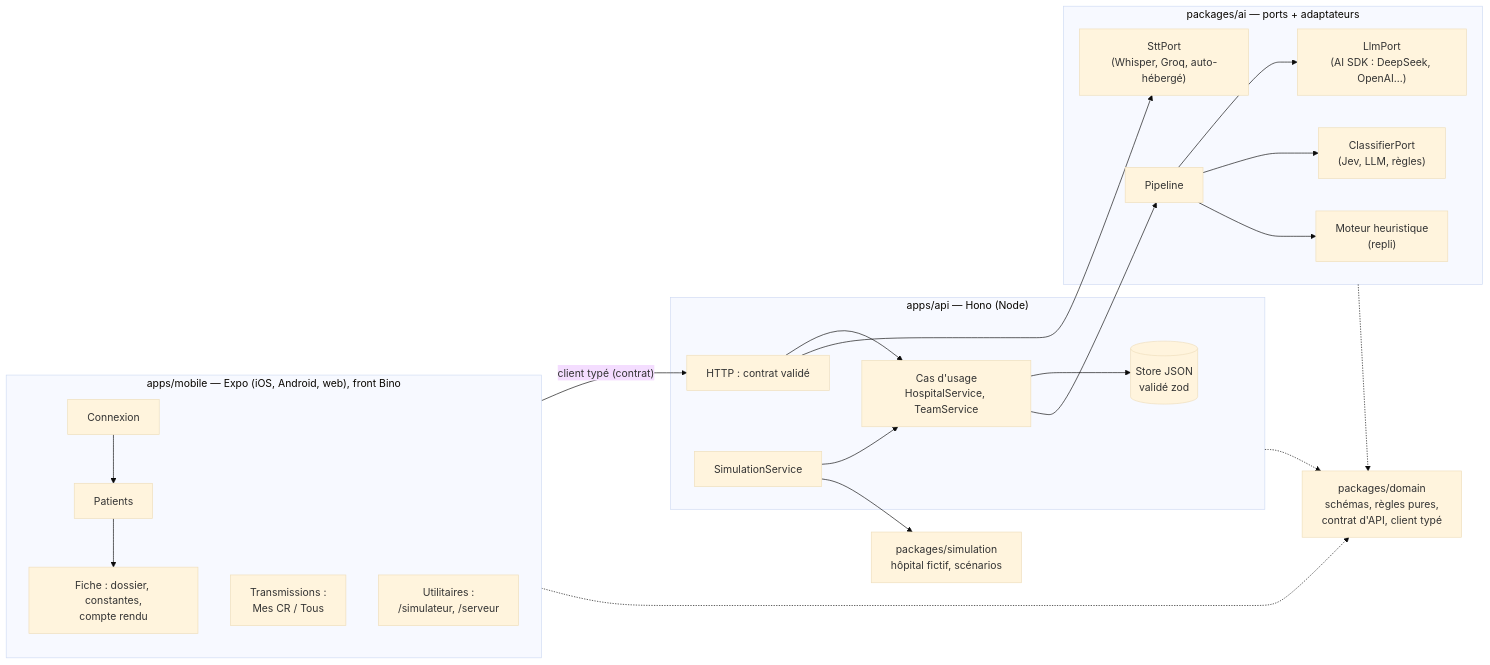
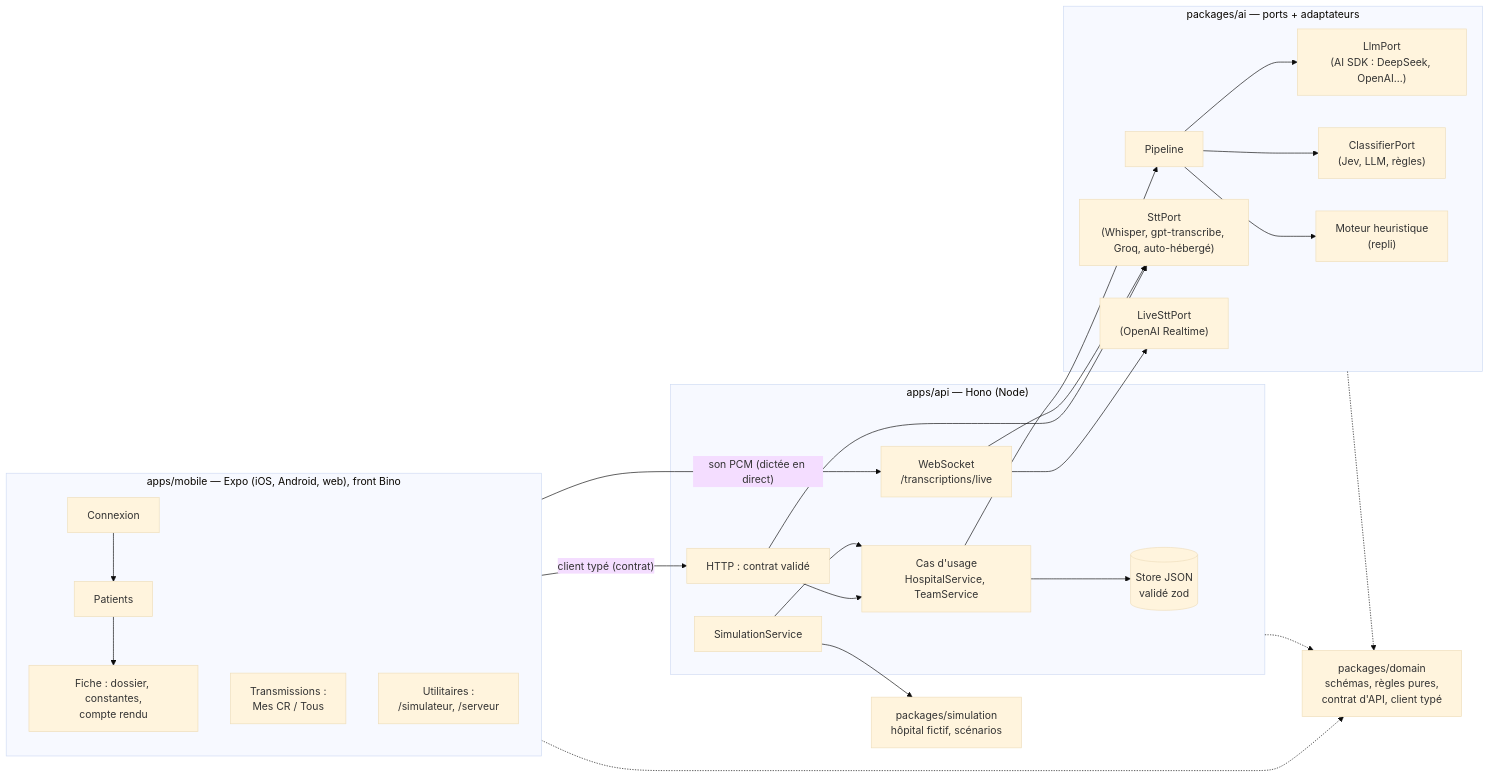
One commit to Infirmier-Augmente/bino changed the first of 3 diagrams in docs/ARCHITECTURE.md. Above: the diagram before and after it, drawn with Mermaid (base theme). The commit also changed other lines of this file and 8 other files, not shown here.

First line of the commit message:
docs(docs): dictée en direct (deux passes) et fin des questions à l'IDE

````diff
--- a/docs/ARCHITECTURE.md
+++ b/docs/ARCHITECTURE.md
@@ -5,29 +5,34 @@
 ```mermaid
 flowchart LR
   subgraph Mobile["apps/mobile — Expo (iOS, Android, web), front Bino"]
     C["Connexion"] --> PA["Patients"]
     PA --> F["Fiche : dossier, constantes,\ncompte rendu"]
     T["Transmissions :\nMes CR / Tous"]
     S["Utilitaires :\n/simulateur, /serveur"]
   end
   subgraph API["apps/api — Hono (Node)"]
     H["HTTP : contrat validé"] --> UC["Cas d'usage\nHospitalService, TeamService"]
+    WS["WebSocket\n/transcriptions/live"]
     UC --> ST[("Store JSON\nvalidé zod")]
     SIM["SimulationService"] --> UC
   end
   subgraph AI["packages/ai — ports + adaptateurs"]
     P["Pipeline"] --> LLM["LlmPort\n(AI SDK : DeepSeek, OpenAI…)"]
     P --> CL["ClassifierPort\n(Jev, LLM, règles)"]
     P --> HE["Moteur heuristique\n(repli)"]
-    STT["SttPort\n(Whisper, Groq, auto-hébergé)"]
+    STT["SttPort\n(Whisper, gpt-transcribe, Groq, auto-hébergé)"]
+    LIVE["LiveSttPort\n(OpenAI Realtime)"]
   end
   DOM["packages/domain\nschémas, règles pures,\ncontrat d'API, client typé"]
   SCN["packages/simulation\nhôpital fictif, scénarios"]
   Mobile -- "client typé (contrat)" --> H
   UC --> P
   H --> STT
+  Mobile -- "son PCM (dictée en direct)" --> WS
+  WS --> LIVE
+  WS --> STT
   SIM --> SCN
   Mobile -.-> DOM
   API -.-> DOM
   AI -.-> DOM
 ```
````
